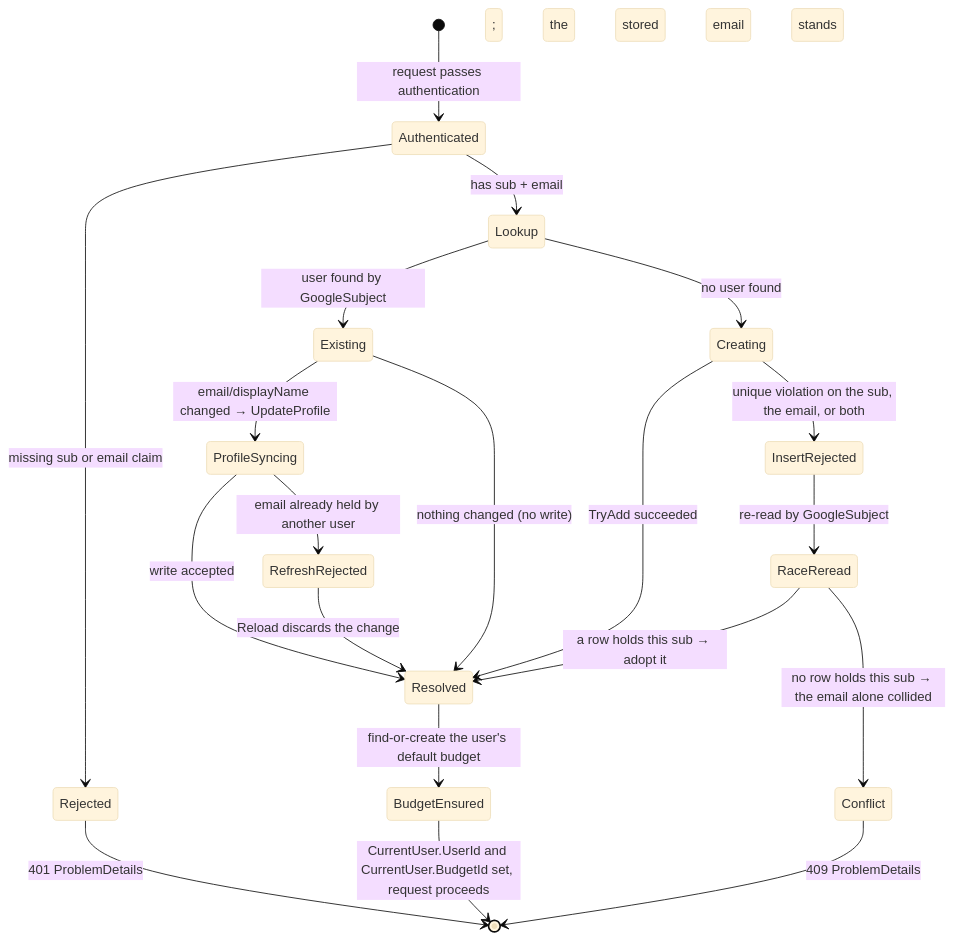
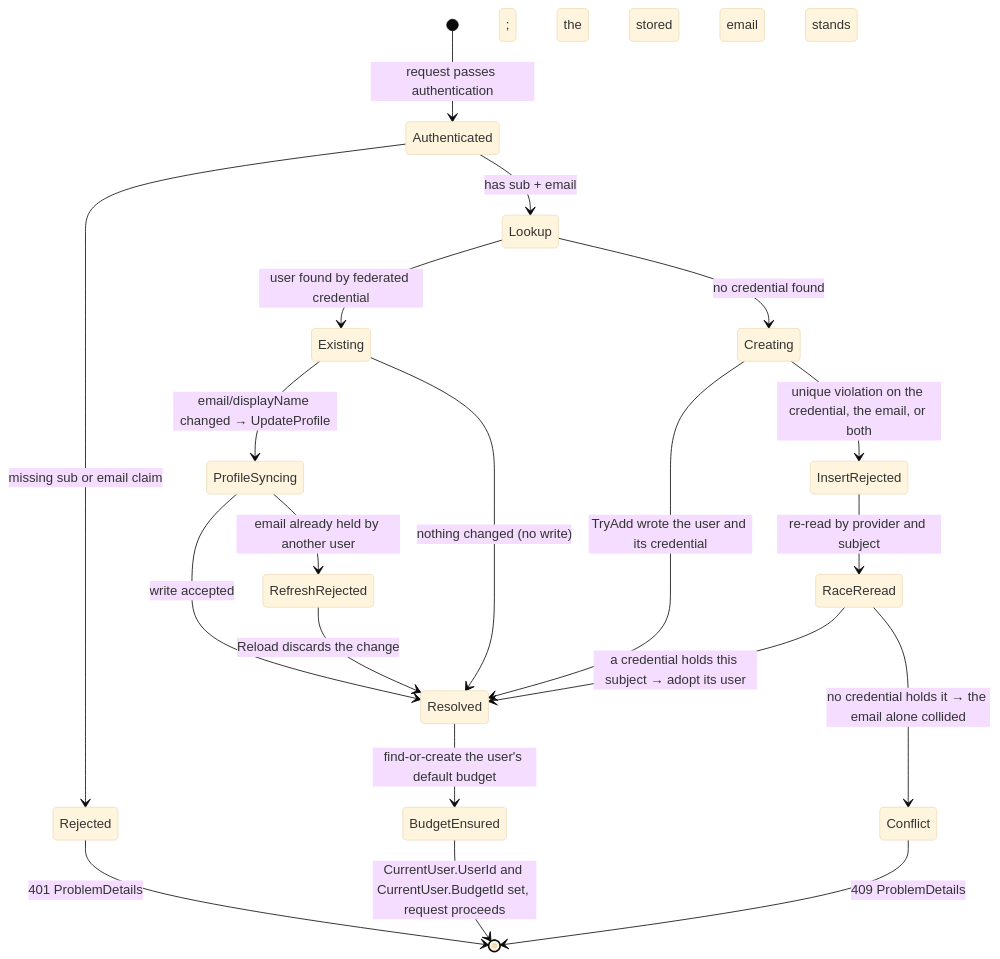
One commit to anton-kochev/budgetoid changed the second of 2 diagrams in docs/business-logic/users-and-ownership.md. Above: the diagram before and after it, drawn with Mermaid (base theme). The commit also changed other lines of this file and 29 other files, not shown here.

````diff
--- a/docs/business-logic/users-and-ownership.md
+++ b/docs/business-logic/users-and-ownership.md
@@ -211,22 +236,22 @@
 ```mermaid
 stateDiagram-v2
     [*] --> Authenticated : request passes authentication
     Authenticated --> Rejected : missing sub or email claim
     Authenticated --> Lookup : has sub + email
-    Lookup --> Existing : user found by GoogleSubject
-    Lookup --> Creating : no user found
+    Lookup --> Existing : user found by federated credential
+    Lookup --> Creating : no credential found
     Existing --> ProfileSyncing : email/displayName changed → UpdateProfile
     Existing --> Resolved : nothing changed (no write)
     ProfileSyncing --> Resolved : write accepted
     ProfileSyncing --> RefreshRejected : email already held by another user
     RefreshRejected --> Resolved : Reload discards the change; the stored email stands
-    Creating --> Resolved : TryAdd succeeded
-    Creating --> InsertRejected : unique violation on the sub, the email, or both
-    InsertRejected --> RaceReread : re-read by GoogleSubject
-    RaceReread --> Resolved : a row holds this sub → adopt it
-    RaceReread --> Conflict : no row holds this sub → the email alone collided
+    Creating --> Resolved : TryAdd wrote the user and its credential
+    Creating --> InsertRejected : unique violation on the credential, the email, or both
+    InsertRejected --> RaceReread : re-read by provider and subject
+    RaceReread --> Resolved : a credential holds this subject → adopt its user
+    RaceReread --> Conflict : no credential holds it → the email alone collided
     Resolved --> BudgetEnsured : find-or-create the user's default budget
     BudgetEnsured --> [*] : CurrentUser.UserId and CurrentUser.BudgetId set, request proceeds
     Rejected --> [*] : 401 ProblemDetails
     Conflict --> [*] : 409 ProblemDetails
 ```
````
